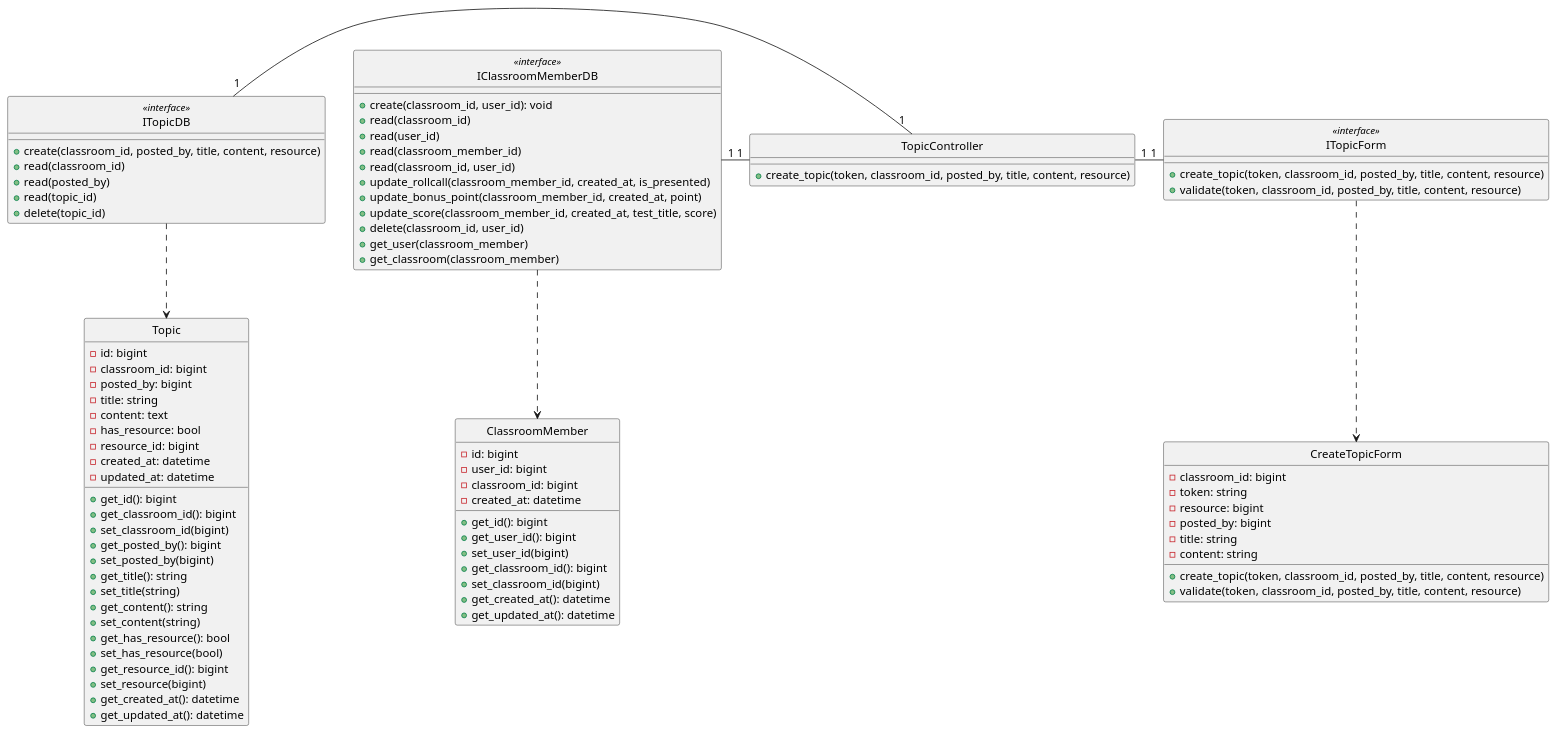
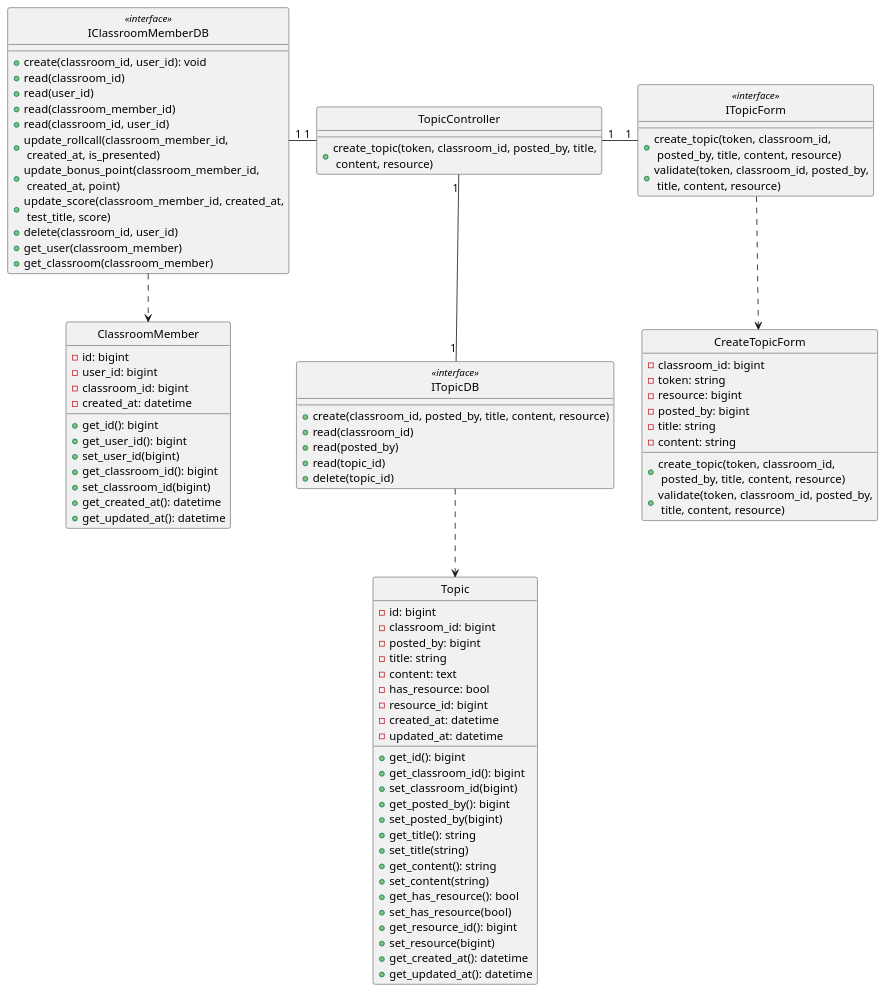
Before and after one commit to anonyhostvn/OOAD-Diagram: the diagram in class - design/topic/createTopic.plantuml, drawn with PlantUML. The commit also changed 9 other files, not shown here.

Commit message:
shorten diagram

```diff
--- a/class - design/topic/createTopic.plantuml
+++ b/class - design/topic/createTopic.plantuml
@@ -1,107 +1,107 @@
 @startuml createTopic
 
 class CreateTopicForm {
     - classroom_id: bigint
     - token: string
     - resource: bigint
     - posted_by: bigint
     - title: string
     - content: string
 
-    + create_topic(token, classroom_id, posted_by, title, content, resource)
-    + validate(token, classroom_id, posted_by, title, content, resource)
+    + create_topic(token, classroom_id,\n posted_by, title, content, resource)
+    + validate(token, classroom_id, posted_by,\n title, content, resource)
 }
 
 class ITopicForm <<interface>> {
-    + create_topic(token, classroom_id, posted_by, title, content, resource)
-    + validate(token, classroom_id, posted_by, title, content, resource)
+    + create_topic(token, classroom_id,\n posted_by, title, content, resource)
+    + validate(token, classroom_id, posted_by,\n title, content, resource)
 }
 
 class TopicController {
-    + create_topic(token, classroom_id, posted_by, title, content, resource) 
+    + create_topic(token, classroom_id, posted_by, title,\n content, resource) 
 }
 
 class ClassroomMember {
     - id: bigint
     - user_id: bigint
     - classroom_id: bigint
     - created_at: datetime
 
     + get_id(): bigint
     + get_user_id(): bigint
     + set_user_id(bigint)
     + get_classroom_id(): bigint
     + set_classroom_id(bigint)
     + get_created_at(): datetime
     + get_updated_at(): datetime
 }
 
 class IClassroomMemberDB <<interface>> {
     + create(classroom_id, user_id): void
     + read(classroom_id)
     + read(user_id)
     + read(classroom_member_id)
     + read(classroom_id, user_id)
-    + update_rollcall(classroom_member_id, created_at, is_presented)
-    + update_bonus_point(classroom_member_id, created_at, point)
-    + update_score(classroom_member_id, created_at, test_title, score)
+    + update_rollcall(classroom_member_id,\n created_at, is_presented)
+    + update_bonus_point(classroom_member_id,\n created_at, point)
+    + update_score(classroom_member_id, created_at,\n test_title, score)
     + delete(classroom_id, user_id)
     + get_user(classroom_member)
     + get_classroom(classroom_member)
 }
 
 
 class Topic {
     - id: bigint
     - classroom_id: bigint
     - posted_by: bigint
     - title: string
     - content: text
     - has_resource: bool
     - resource_id: bigint
     - created_at: datetime
     - updated_at: datetime
 
     + get_id(): bigint
     + get_classroom_id(): bigint
     + set_classroom_id(bigint)
     + get_posted_by(): bigint
     + set_posted_by(bigint)
     + get_title(): string
     + set_title(string)
     + get_content(): string
     + set_content(string)
     + get_has_resource(): bool
     + set_has_resource(bool)
     + get_resource_id(): bigint
     + set_resource(bigint)
     + get_created_at(): datetime
     + get_updated_at(): datetime
 }
 
 class ITopicDB <<interface>> {
     + create(classroom_id, posted_by, title, content, resource)
     + read(classroom_id)
     + read(posted_by)
     + read(topic_id)
     + delete(topic_id)
 }
 
 hide CreateTopicForm circle
 hide ITopicForm <<interface>> circle
 hide TopicController circle
 hide IClassroomMemberDB <<interface>> circle
 hide ClassroomMember circle
 hide ITopicDB <<interface>> circle
 hide Topic circle 
 
 
 ITopicForm .down.> CreateTopicForm
 IClassroomMemberDB .down.> ClassroomMember
 ITopicDB .down.> Topic
 ITopicForm "1"-left-"1" TopicController
 TopicController "1"-left-"1" IClassroomMemberDB
-TopicController "1"-left-"1" ITopicDB
+TopicController "1"-down-"1" ITopicDB
 
 
 @enduml
```
